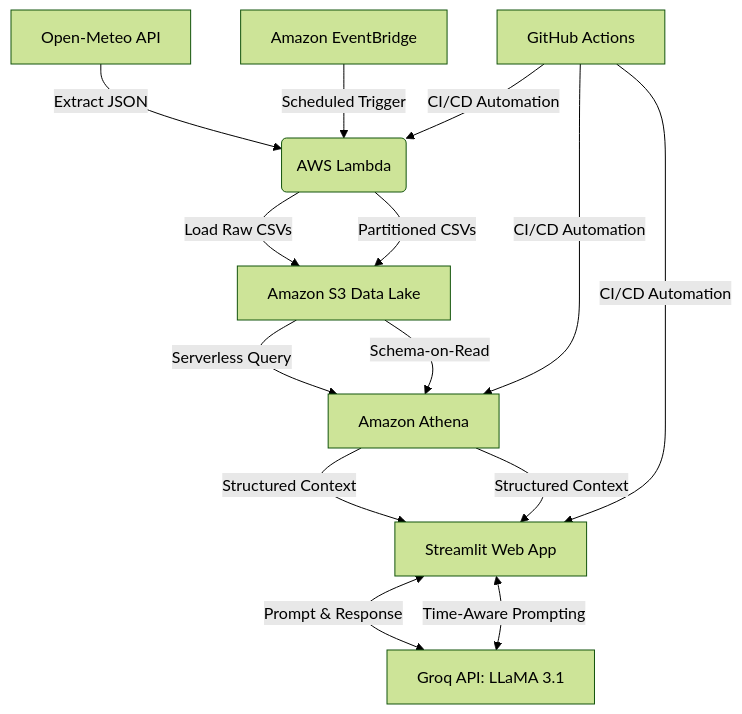
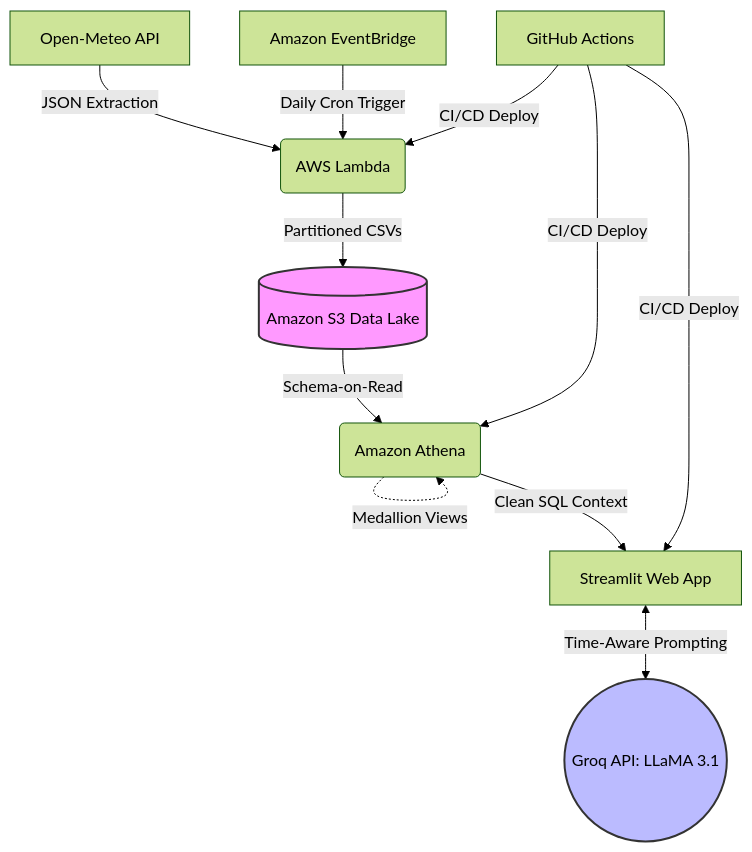
Before and after one commit to dineshkandoriabiz-stack/cloud-weather-project: the diagram in README.md, drawn with Mermaid (forest theme). The commit also changed other lines of this file, not shown here.

````diff
--- a/README.md
+++ b/README.md
@@ -11,17 +10,22 @@
 ```mermaid
 graph TD
-    %% Source to Ingestion
-    A[Open-Meteo API] -->|Extract JSON| B(AWS Lambda)
-    C[Amazon EventBridge] -->|Scheduled Trigger| B
-    B -->|Load Raw CSVs| D[(Amazon S3 Data Lake)]
-    D -->|Serverless Query| E(Amazon Athena)
-    E -->|Structured Context| F[Streamlit Web App]
-    F <-->|Prompt & Response| G((Groq API: LLaMA 3.1))
-    H[GitHub Actions] -->|CI/CD Automation| B & E & F
-    %% Storage and Processing
-    B -->|Partitioned CSVs| D[Amazon S3 Data Lake]
-    D -->|Schema-on-Read| E[Amazon Athena]
+    %% Source & Ingestion
+    A[Open-Meteo API] -->|JSON Extraction| B(AWS Lambda)
+    C[Amazon EventBridge] -->|Daily Cron Trigger| B
+    
+    %% Storage & Processing
+    B -->|Partitioned CSVs| D[(Amazon S3 Data Lake)]
+    D -->|Schema-on-Read| E(Amazon Athena)
+    E -.->|Medallion Views| E
+    
     %% Application Layer
-    E -->|Structured Context| F[Streamlit Web App]
-    F <-->|Time-Aware Prompting| G[Groq API: LLaMA 3.1]   
+    E -->|Clean SQL Context| F[Streamlit Web App]
+    F <-->|Time-Aware Prompting| G((Groq API: LLaMA 3.1))
+    
+    %% DevOps
+    H[GitHub Actions] -->|CI/CD Deploy| B & E & F
+
+    %% Styling
+    style D fill:#f9f,stroke:#333,stroke-width:2px
+    style G fill:#bbf,stroke:#333,stroke-width:2px   
 ```
````
